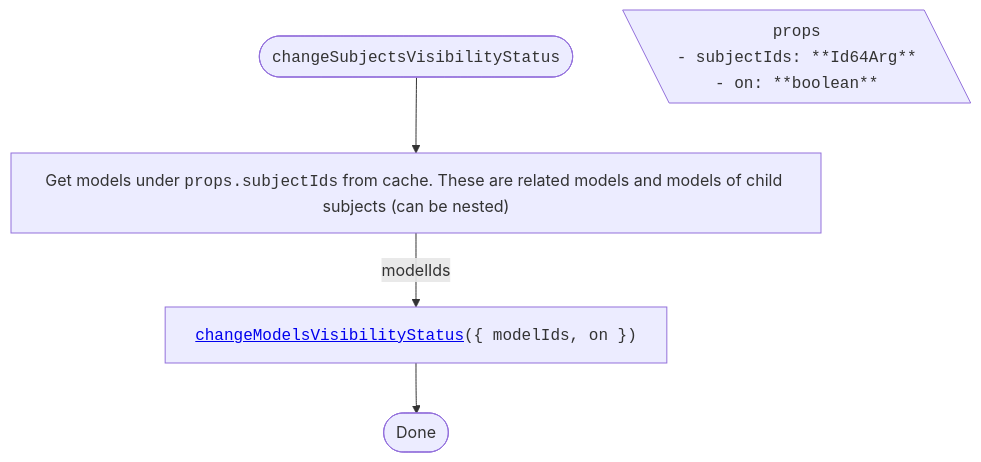
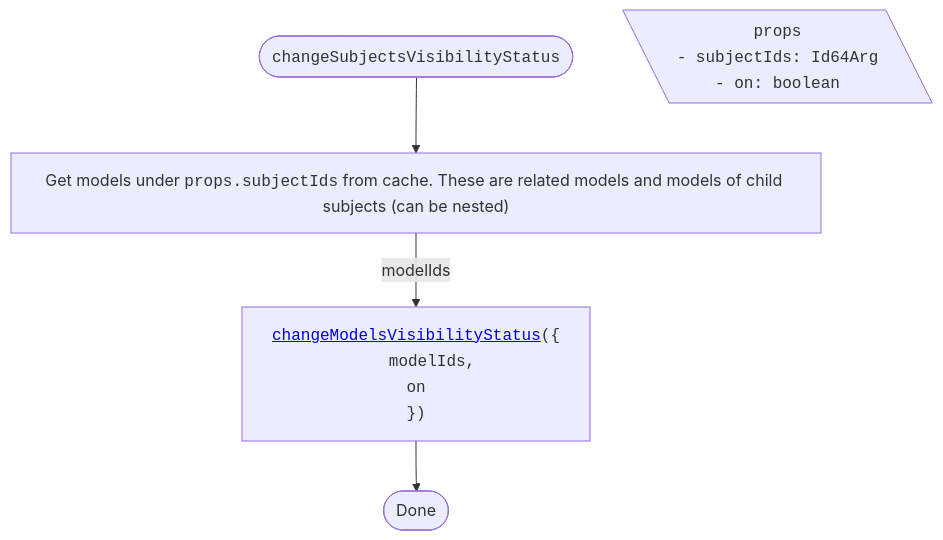
One commit to iTwin/viewer-components-react changed the second of 2 diagrams in packages/itwin/tree-widget/docs/ModelsTreeVisibilityHandling.md. Above: the diagram before and after it, drawn with Mermaid. The commit also changed other lines of this file and 4 other files, not shown here.

````diff
--- a/packages/itwin/tree-widget/docs/ModelsTreeVisibilityHandling.md
+++ b/packages/itwin/tree-widget/docs/ModelsTreeVisibilityHandling.md
@@ -61,22 +62,25 @@
 ```mermaid
 ---
 config:
   flowchart:
     wrappingWidth: 750
     useMaxWidth: false
 ---
 
 flowchart TD
   RESULT_Done([Done])
 
   %% Start
   TITLE(["<code>changeSubjectsVisibilityStatus</code>"]) --> A["Get models under <code>props.subjectIds</code> from cache. These are related models and models of child subjects (can be nested)"]
 
   PROPS[\"
     <code>props</code>
-    <code style='text-align: left;'>- subjectIds: **Id64Arg**<br/>- on: **boolean**</code>
+    <code style='text-align: left;'>- subjectIds: Id64Arg<br/>- on: boolean</code>
   "\]
 
-  A -- modelIds --> B["<code><a href='./SharedVisibilityHandling.md#changemodelsvisibilitystatus'>changeModelsVisibilityStatus</a>({ modelIds, on })</code>"]
+  A -- modelIds --> B["<code style='text-align: left;'><a href='./SharedVisibilityHandling.md#changemodelsvisibilitystatus'>changeModelsVisibilityStatus</a>({
+    <code style='padding-left: 2rem'>modelIds,
+    on</code>
+  })</code>"]
   B --> RESULT_Done
 ```
````
